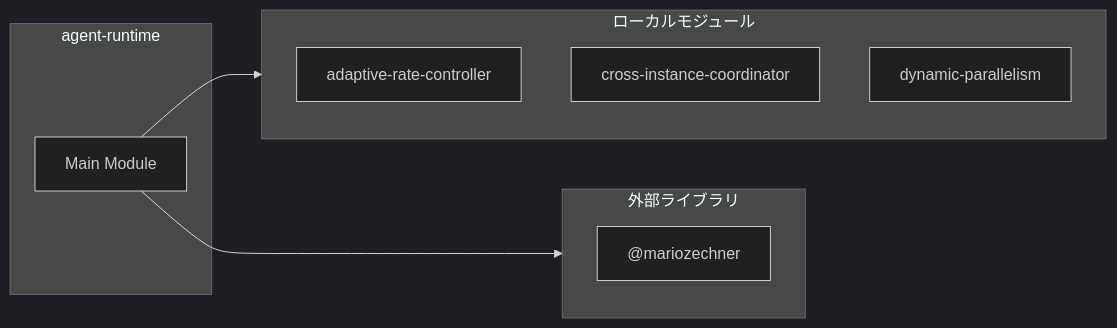
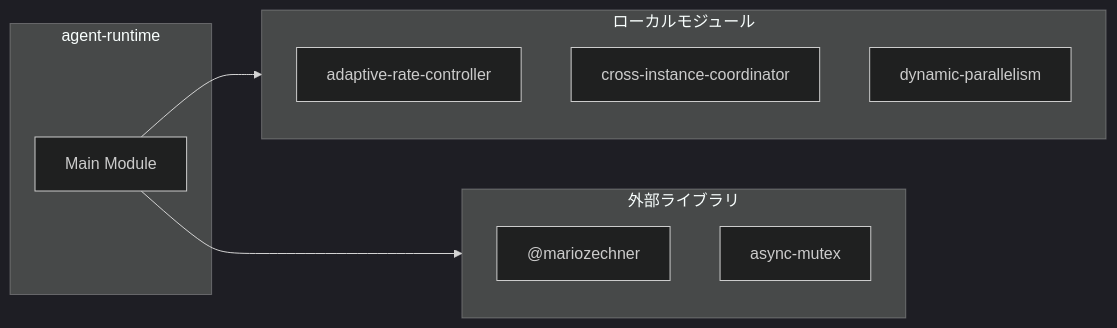
The second of 4 diagrams in ABDD/.pi/extensions/agent-runtime.md (Mekann2904/mekann), drawn with Mermaid (dark theme) before and after one commit. The commit also changed other lines of this file and 189 other files, not shown here.

````diff
--- a/ABDD/.pi/extensions/agent-runtime.md
+++ b/ABDD/.pi/extensions/agent-runtime.md
@@ -78,18 +82,19 @@
 ```mermaid
 flowchart LR
   subgraph this[agent-runtime]
     main[Main Module]
   end
   subgraph local[ローカルモジュール]
     adaptive_rate_controller["adaptive-rate-controller"]
     cross_instance_coordinator["cross-instance-coordinator"]
     cross_instance_coordinator["cross-instance-coordinator"]
     cross_instance_coordinator["cross-instance-coordinator"]
     dynamic_parallelism["dynamic-parallelism"]
   end
   main --> local
   subgraph external[外部ライブラリ]
     _mariozechner["@mariozechner"]
+    async_mutex["async-mutex"]
   end
   main --> external
 ```
````
